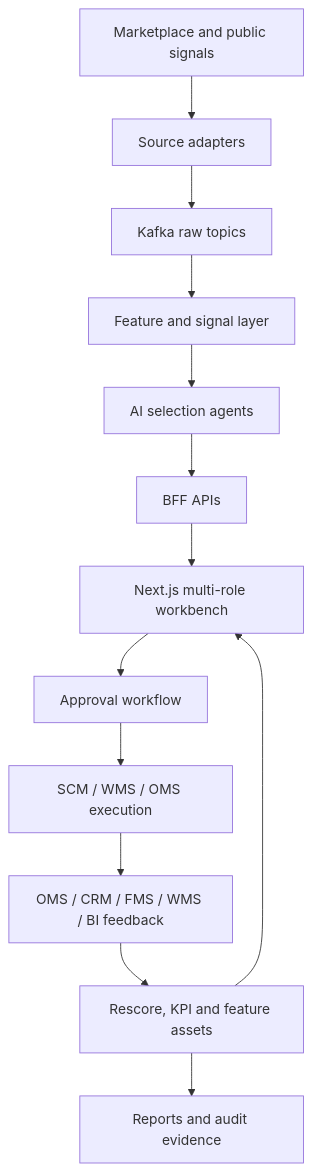
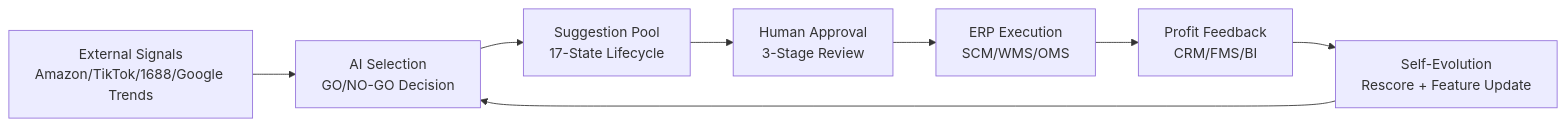
The fourth of 10 diagrams in docs/github/ARCHITECTURE.md (awesome-oversea/pms-ai-selection), drawn with Mermaid before and after one commit. The commit also changed other lines of this file and 70 other files, not shown here.

````diff
--- a/docs/github/ARCHITECTURE.md
+++ b/docs/github/ARCHITECTURE.md
@@ -5,15 +121,10 @@
 ```mermaid
-flowchart TB
-  S1["Marketplace and public signals"] --> I1["Source adapters"]
-  I1 --> K1["Kafka raw topics"]
-  K1 --> F1["Feature and signal layer"]
-  F1 --> A1["AI selection agents"]
-  A1 --> B1["BFF APIs"]
-  B1 --> W1["Next.js multi-role workbench"]
-  W1 --> P1["Approval workflow"]
-  P1 --> E1["SCM / WMS / OMS execution"]
-  E1 --> R1["OMS / CRM / FMS / WMS / BI feedback"]
-  R1 --> M1["Rescore, KPI and feature assets"]
-  M1 --> W1
-  M1 --> O1["Reports and audit evidence"]
+flowchart LR
+    A["External Signals<br/>Amazon/TikTok/1688/Google Trends"] --> B["AI Selection<br/>GO/NO-GO Decision"]
+    B --> C["Suggestion Pool<br/>17-State Lifecycle"]
+    C --> D["Human Approval<br/>3-Stage Review"]
+    D --> E["ERP Execution<br/>SCM/WMS/OMS"]
+    E --> F["Profit Feedback<br/>CRM/FMS/BI"]
+    F --> G["Self-Evolution<br/>Rescore + Feature Update"]
+    G --> B
 ```
````
